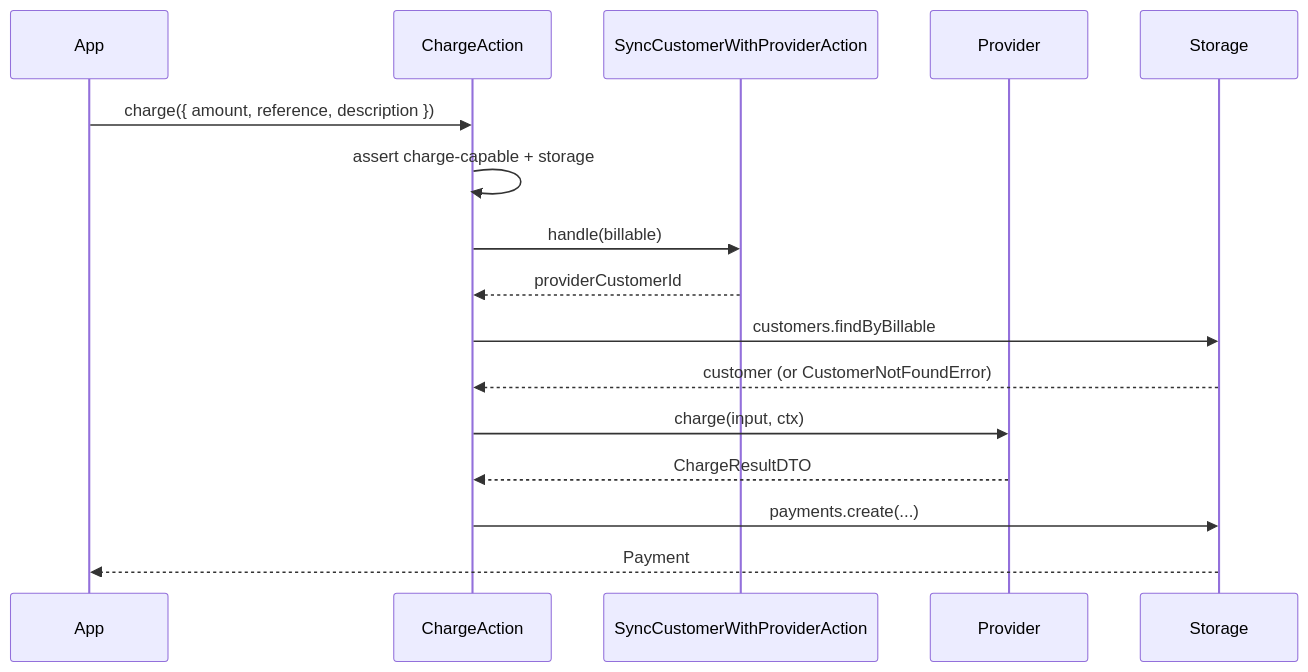
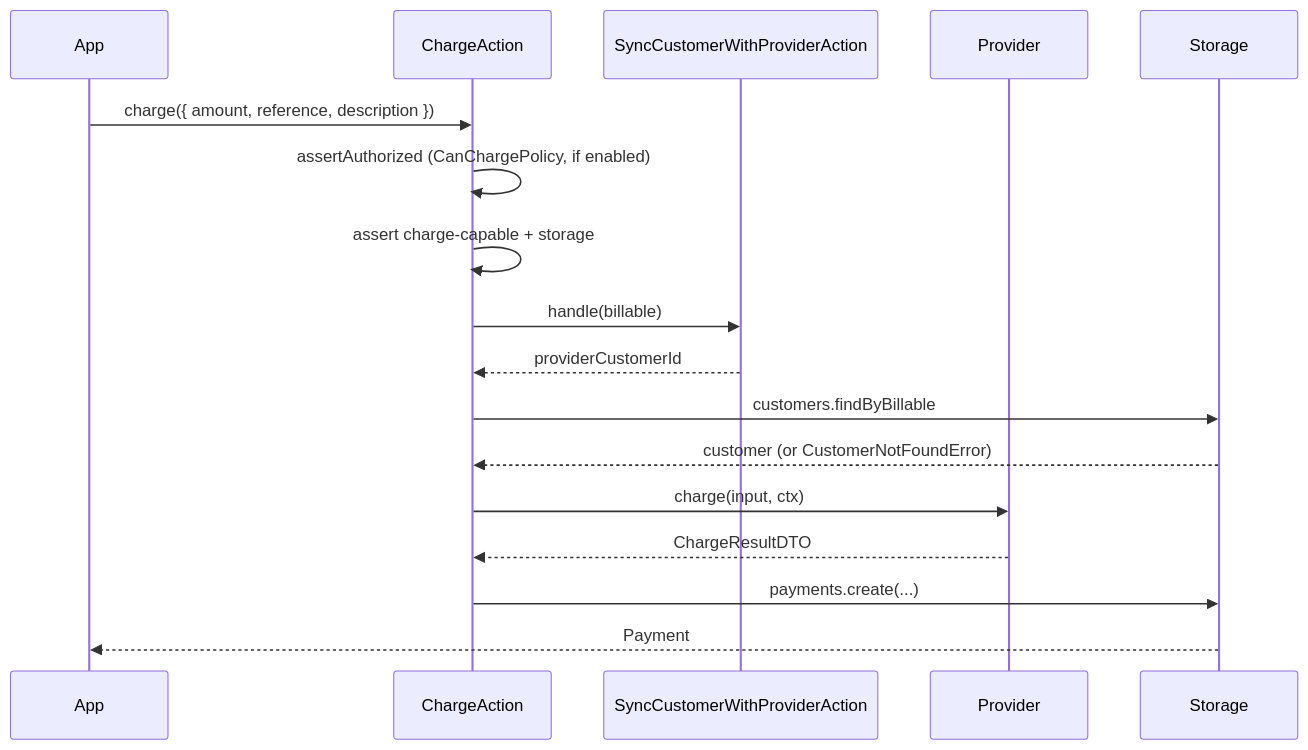
Before and after one commit to kidiatoliny/payable-docs: the first of 2 diagrams in _docs_src/features/11-charges-refunds.md, drawn with Mermaid. The commit also changed other lines of this file and 31 other files, not shown here.

````diff
--- a/_docs_src/features/11-charges-refunds.md
+++ b/_docs_src/features/11-charges-refunds.md
@@ -46,18 +48,19 @@
 ```mermaid
 sequenceDiagram
     participant App
     participant Action as ChargeAction
     participant Sync as SyncCustomerWithProviderAction
     participant Provider
     participant Storage
     App->>Action: charge({ amount, reference, description })
+    Action->>Action: assertAuthorized (CanChargePolicy, if enabled)
     Action->>Action: assert charge-capable + storage
     Action->>Sync: handle(billable)
     Sync-->>Action: providerCustomerId
     Action->>Storage: customers.findByBillable
     Storage-->>Action: customer (or CustomerNotFoundError)
     Action->>Provider: charge(input, ctx)
     Provider-->>Action: ChargeResultDTO
     Action->>Storage: payments.create(...)
     Storage-->>App: Payment
 ```
````
